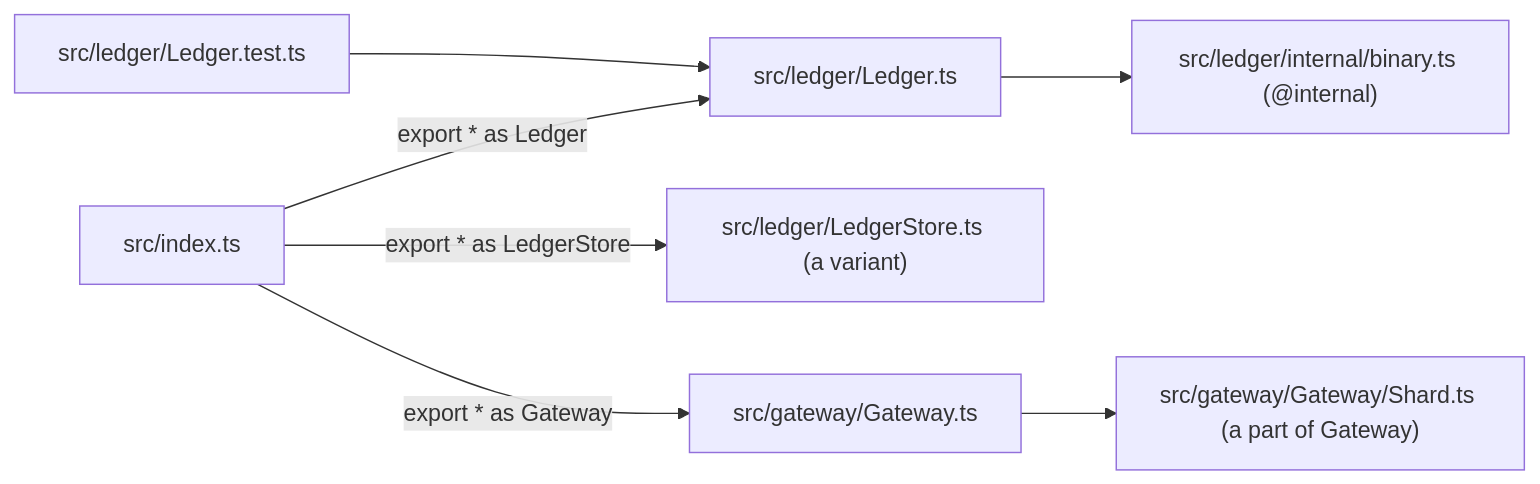
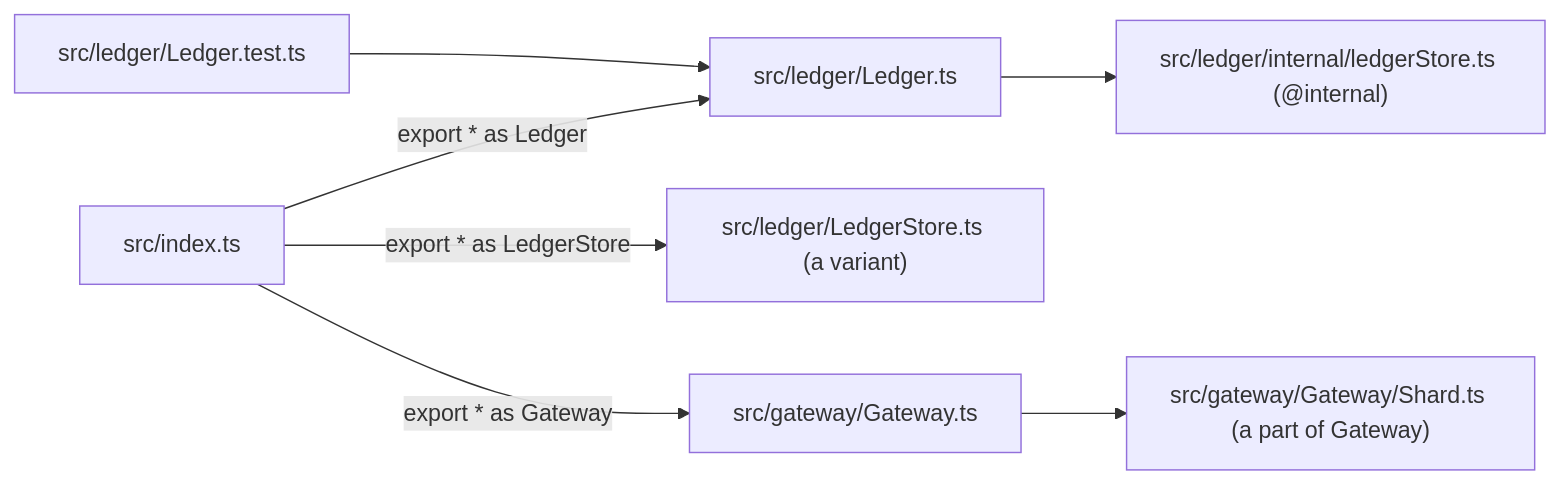
One commit to kamp-us/tea-fabrika changed the diagram in .decisions/0032-libraries-take-effects-file-layout.md. Above: the diagram before and after it, drawn with Mermaid. The commit also changed other lines of this file, not shown here.

````diff
--- a/.decisions/0032-libraries-take-effects-file-layout.md
+++ b/.decisions/0032-libraries-take-effects-file-layout.md
@@ -18,9 +18,9 @@
 ```mermaid
 flowchart LR
   index["src/index.ts"] -->|"export * as Ledger"| ledger["src/ledger/Ledger.ts"]
   index -->|"export * as LedgerStore"| store["src/ledger/LedgerStore.ts (a variant)"]
   index -->|"export * as Gateway"| gateway["src/gateway/Gateway.ts"]
   gateway --> part["src/gateway/Gateway/Shard.ts (a part of Gateway)"]
-  ledger --> internal["src/ledger/internal/binary.ts (@internal)"]
+  ledger --> internal["src/ledger/internal/ledgerStore.ts (@internal)"]
   test["src/ledger/Ledger.test.ts"] --> ledger
 ```
````
